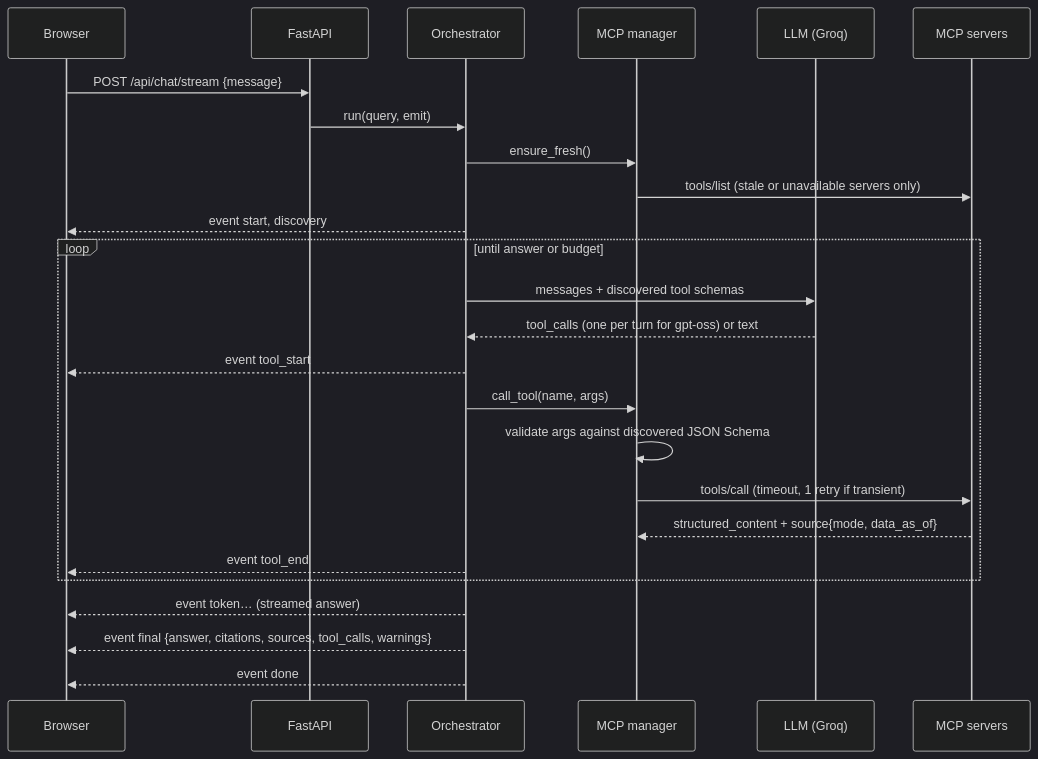
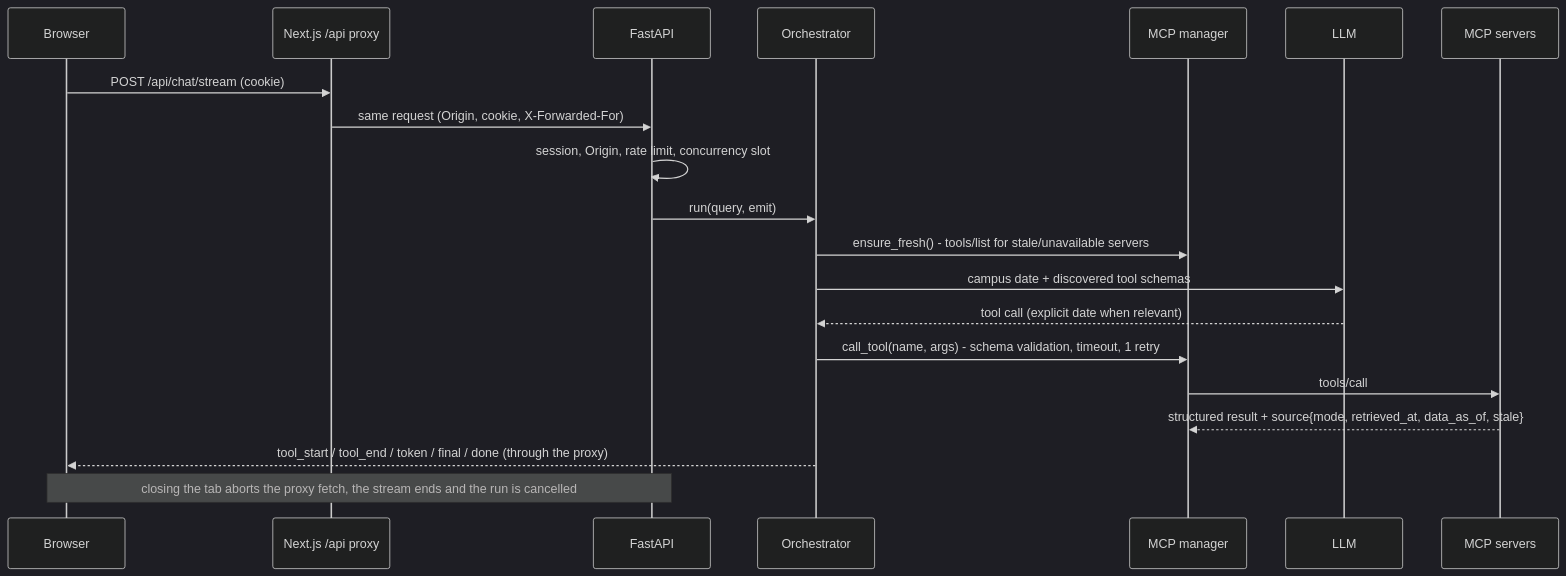
The second of 2 diagrams in docs/architecture.md (ARPIT-27-PANDEY/CampusOrchestrator), drawn with Mermaid (dark theme) before and after one commit. The commit also changed other lines of this file and 175 other files, not shown here.

````diff
--- a/docs/architecture.md
+++ b/docs/architecture.md
@@ -20,27 +41,22 @@
 ```mermaid
 sequenceDiagram
   participant B as Browser
+  participant W as Next.js /api proxy
   participant API as FastAPI
   participant O as Orchestrator
   participant M as MCP manager
-  participant G as LLM (Groq)
+  participant G as LLM
   participant S as MCP servers
-  B->>API: POST /api/chat/stream {message}
+  B->>W: POST /api/chat/stream (cookie)
+  W->>API: same request (Origin, cookie, X-Forwarded-For)
+  API->>API: session, Origin, rate limit, concurrency slot
   API->>O: run(query, emit)
-  O->>M: ensure_fresh()
-  M->>S: tools/list (stale or unavailable servers only)
-  O-->>B: event start, discovery
-  loop until answer or budget
-    O->>G: messages + discovered tool schemas
-    G-->>O: tool_calls (one per turn for gpt-oss) or text
-    O-->>B: event tool_start
-    O->>M: call_tool(name, args)
-    M->>M: validate args against discovered JSON Schema
-    M->>S: tools/call (timeout, 1 retry if transient)
-    S-->>M: structured_content + source{mode, data_as_of}
-    O-->>B: event tool_end
-  end
-  O-->>B: event token… (streamed answer)
-  O-->>B: event final {answer, citations, sources, tool_calls, warnings}
-  O-->>B: event done
+  O->>M: ensure_fresh() - tools/list for stale/unavailable servers
+  O->>G: campus date + discovered tool schemas
+  G-->>O: tool call (explicit date when relevant)
+  O->>M: call_tool(name, args) - schema validation, timeout, 1 retry
+  M->>S: tools/call
+  S-->>M: structured result + source{mode, retrieved_at, data_as_of, stale}
+  O-->>B: tool_start / tool_end / token / final / done (through the proxy)
+  Note over B,API: closing the tab aborts the proxy fetch, the stream ends and the run is cancelled
 ```
````
